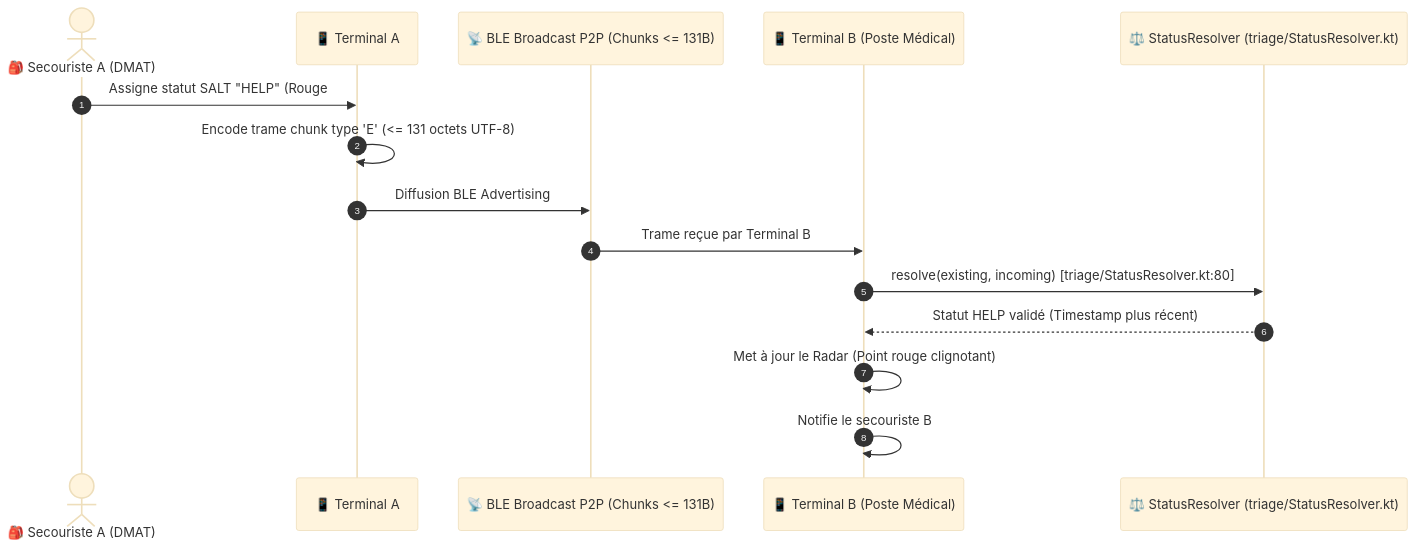
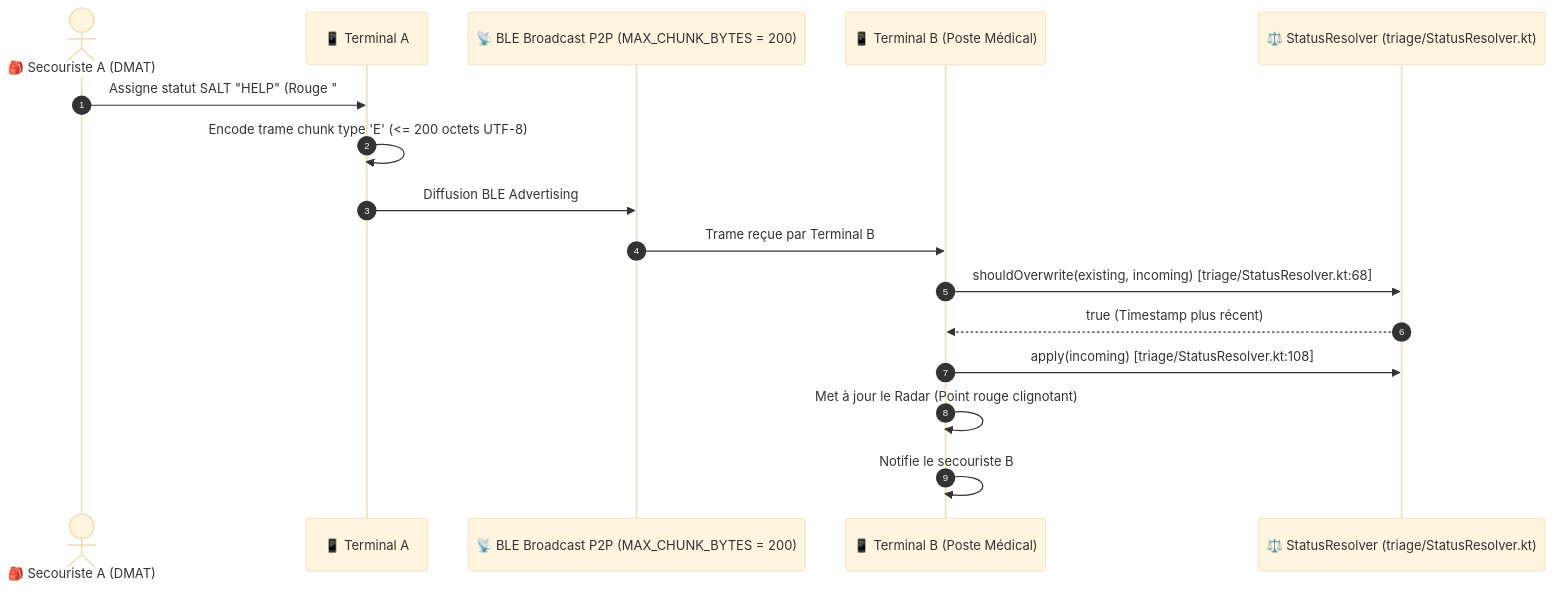
Diagram 16 of 21 in docs/DOCUMENTATION_UML_FONCTIONNELLE.md (kurodohenroonsen/JemmaPass), drawn with Mermaid (base theme) before and after one commit. The commit also changed other lines of this file and 1 other file, not shown here.

````diff
--- a/docs/DOCUMENTATION_UML_FONCTIONNELLE.md
+++ b/docs/DOCUMENTATION_UML_FONCTIONNELLE.md
@@ -739,18 +741,19 @@
 ```mermaid
 sequenceDiagram
     autonumber
     actor SecouristeA as 🎒 Secouriste A (DMAT)
     participant PhoneA as 📱 Terminal A
-    participant BLE as 📡 BLE Broadcast P2P (Chunks <= 131B)
+    participant BLE as 📡 BLE Broadcast P2P (MAX_CHUNK_BYTES = 200)
     participant PhoneB as 📱 Terminal B (Poste Médical)
     participant ResolverB as ⚖️ StatusResolver (triage/StatusResolver.kt)
 
-    SecouristeA->>PhoneA: Assigne statut SALT "HELP" (Rouge #F44336) pour Victime Haru
-    PhoneA->>PhoneA: Encode trame chunk type 'E' (<= 131 octets UTF-8)
+    SecouristeA->>PhoneA: Assigne statut SALT "HELP" (Rouge "#F44336") pour Victime Haru
+    PhoneA->>PhoneA: Encode trame chunk type 'E' (<= 200 octets UTF-8)
     PhoneA->>BLE: Diffusion BLE Advertising
     BLE->>PhoneB: Trame reçue par Terminal B
-    PhoneB->>ResolverB: resolve(existing, incoming) [triage/StatusResolver.kt:80]
-    ResolverB-->>PhoneB: Statut HELP validé (Timestamp plus récent)
+    PhoneB->>ResolverB: shouldOverwrite(existing, incoming) [triage/StatusResolver.kt:68]
+    ResolverB-->>PhoneB: true (Timestamp plus récent)
+    PhoneB->>ResolverB: apply(incoming) [triage/StatusResolver.kt:108]
     PhoneB->>PhoneB: Met à jour le Radar (Point rouge clignotant)
     PhoneB->>PhoneB: Notifie le secouriste B
 ```
````
